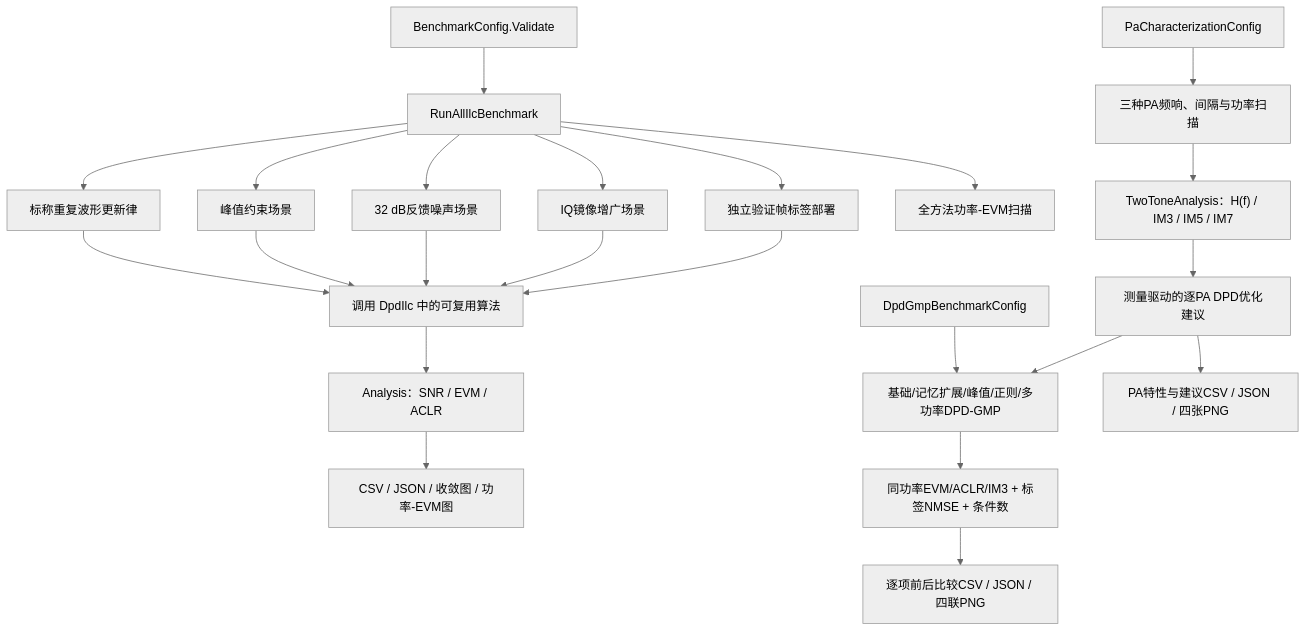
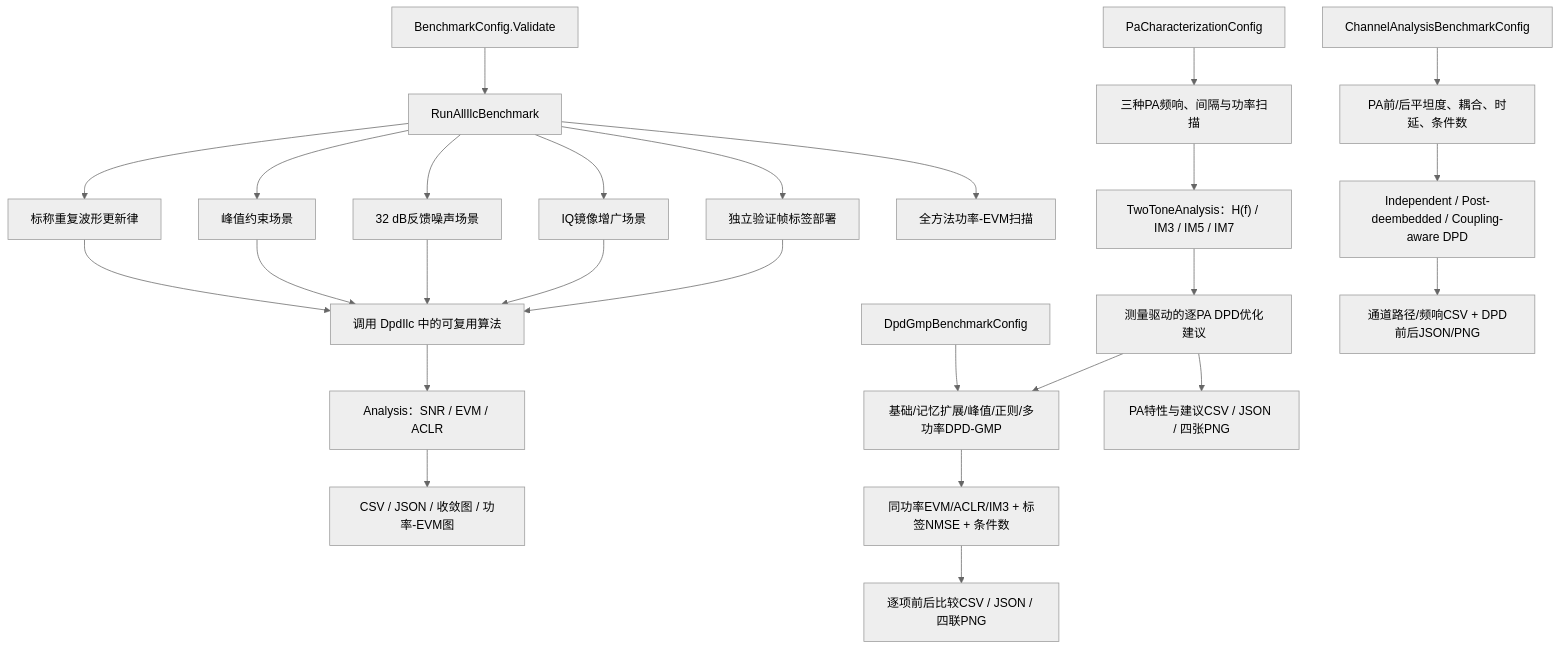
Before and after one commit to niyilu45/DPD_ILC: diagram 16 of 20 in README.md, drawn with Mermaid (neutral theme). The commit also changed other lines of this file and 18 other files, not shown here.

Commit message:
Add channel analysis and coupling-aware DPD

````diff
--- a/README.md
+++ b/README.md
@@ -703,25 +744,28 @@
 ```mermaid
 flowchart TD
     config["BenchmarkConfig.Validate"] --> benchmark["RunAllIlcBenchmark"]
     benchmark --> nominal["标称重复波形更新律"]
     benchmark --> constrained["峰值约束场景"]
     benchmark --> noisy["32 dB反馈噪声场景"]
     benchmark --> iq["IQ镜像增广场景"]
     benchmark --> heldout["独立验证帧标签部署"]
     benchmark --> power["全方法功率-EVM扫描"]
     paCharacterization["PaCharacterizationConfig"] --> paSweep["三种PA频响、间隔与功率扫描"]
     dpdGmpConfig["DpdGmpBenchmarkConfig"] --> dpdStages["基础/记忆扩展/峰值/正则/多功率DPD-GMP"]
+    channelConfig["ChannelAnalysisBenchmarkConfig"] --> channelMeasure["PA前/后平坦度、耦合、时延、条件数"]
+    channelMeasure --> coupledDpd["Independent / Post-deembedded / Coupling-aware DPD"]
     nominal --> algorithms["调用 DpdIlc 中的可复用算法"]
     constrained --> algorithms
     noisy --> algorithms
     iq --> algorithms
     heldout --> algorithms
     algorithms --> analysis["Analysis：SNR / EVM / ACLR"]
     analysis --> report["CSV / JSON / 收敛图 / 功率-EVM图"]
     paSweep --> toneAnalysis["TwoToneAnalysis：H(f) / IM3 / IM5 / IM7"]
     toneAnalysis --> paAdvice["测量驱动的逐PA DPD优化建议"]
     paAdvice --> dpdStages
     dpdStages --> dpdMetrics["同功率EVM/ACLR/IM3 + 标签NMSE + 条件数"]
     dpdMetrics --> dpdReport["逐项前后比较CSV / JSON / 四联PNG"]
+    coupledDpd --> channelReport["通道路径/频响CSV + DPD前后JSON/PNG"]
     paAdvice --> paReport["PA特性与建议CSV / JSON / 四张PNG"]
 ```
````
